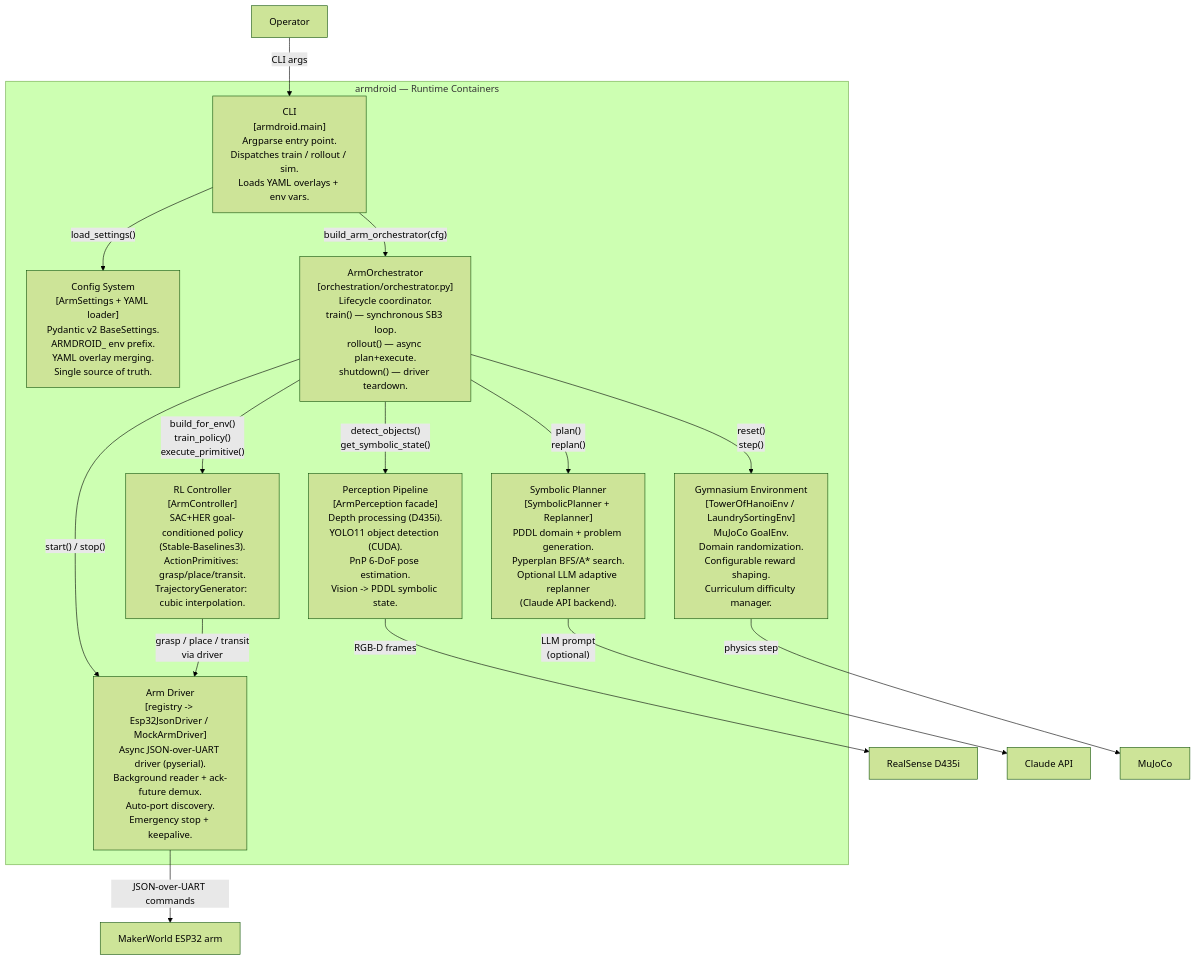
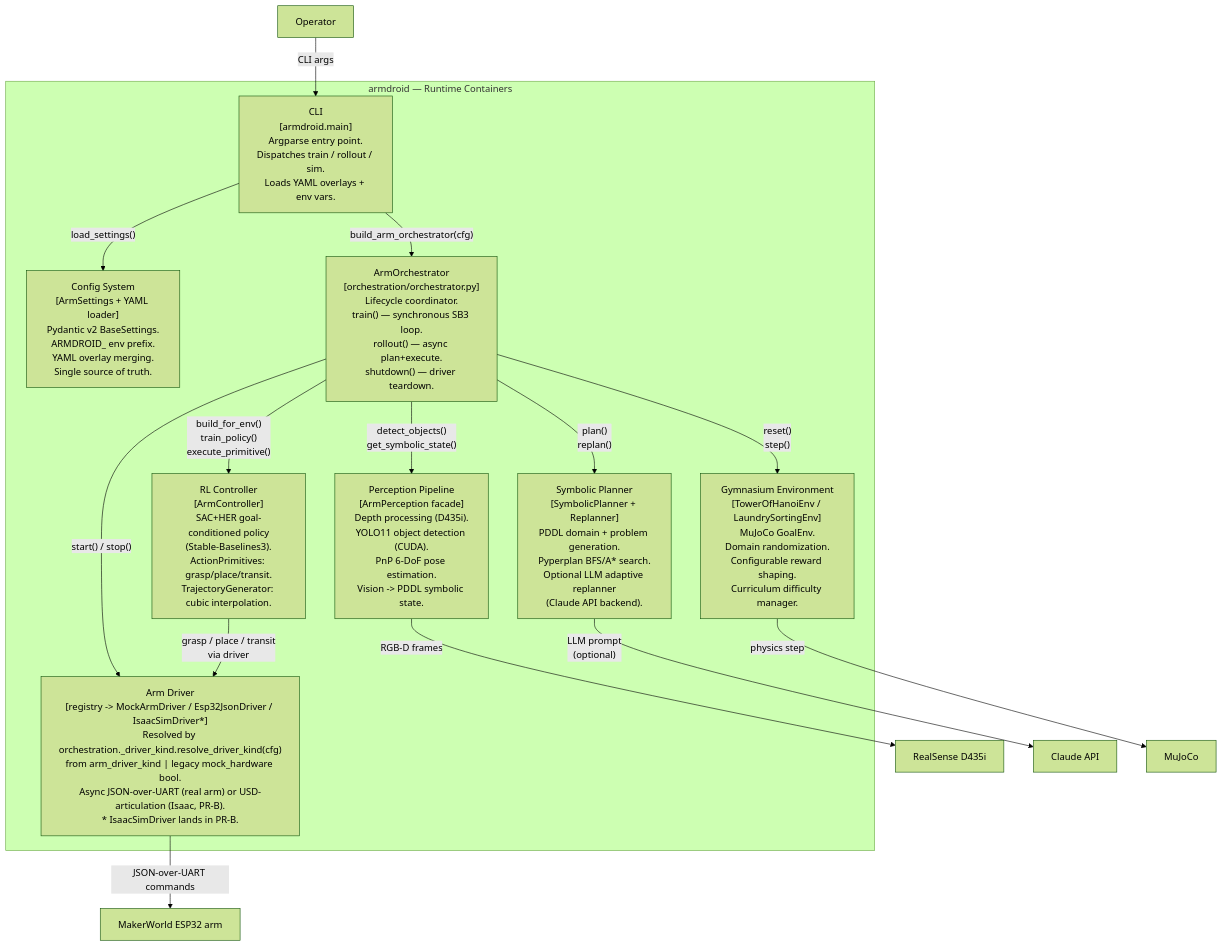
Before and after one commit to ianshank/Arm_Droid: the second of 4 diagrams in docs/architecture/C4.md, drawn with Mermaid (forest theme). The commit also changed other lines of this file and 5 other files, not shown here.

````diff
--- a/docs/architecture/C4.md
+++ b/docs/architecture/C4.md
@@ -44,40 +47,40 @@
 ```mermaid
 graph TD
     subgraph armdroid ["armdroid — Runtime Containers"]
         cli["CLI\n[armdroid.main]\nArgparse entry point.\nDispatches train / rollout / sim.\nLoads YAML overlays + env vars."]
 
         cfg["Config System\n[ArmSettings + YAML loader]\nPydantic v2 BaseSettings.\nARMDROID_ env prefix.\nYAML overlay merging.\nSingle source of truth."]
 
         orch["ArmOrchestrator\n[orchestration/orchestrator.py]\nLifecycle coordinator.\ntrain() — synchronous SB3 loop.\nrollout() — async plan+execute.\nshutdown() — driver teardown."]
 
         perception["Perception Pipeline\n[ArmPerception facade]\nDepth processing (D435i).\nYOLO11 object detection (CUDA).\nPnP 6-DoF pose estimation.\nVision -> PDDL symbolic state."]
 
         planner["Symbolic Planner\n[SymbolicPlanner + Replanner]\nPDDL domain + problem generation.\nPyperplan BFS/A* search.\nOptional LLM adaptive replanner\n(Claude API backend)."]
 
         controller["RL Controller\n[ArmController]\nSAC+HER goal-conditioned policy\n(Stable-Baselines3).\nActionPrimitives: grasp/place/transit.\nTrajectoryGenerator: cubic interpolation."]
 
         env["Gymnasium Environment\n[TowerOfHanoiEnv / LaundrySortingEnv]\nMuJoCo GoalEnv.\nDomain randomization.\nConfigurable reward shaping.\nCurriculum difficulty manager."]
 
-        driver["Arm Driver\n[registry -> Esp32JsonDriver / MockArmDriver]\nAsync JSON-over-UART driver (pyserial).\nBackground reader + ack-future demux.\nAuto-port discovery.\nEmergency stop + keepalive."]
+        driver["Arm Driver\n[registry -> MockArmDriver / Esp32JsonDriver / IsaacSimDriver*]\nResolved by orchestration._driver_kind.resolve_driver_kind(cfg)\nfrom arm_driver_kind | legacy mock_hardware bool.\nAsync JSON-over-UART (real arm) or USD-articulation (Isaac, PR-B).\n* IsaacSimDriver lands in PR-B."]
     end
 
     user["Operator"]
     hw["MakerWorld ESP32 arm"]
     cam["RealSense D435i"]
     llm["Claude API"]
     sim["MuJoCo"]
 
     user -->|"CLI args"| cli
     cli -->|"load_settings()"| cfg
     cli -->|"build_arm_orchestrator(cfg)"| orch
     orch -->|"detect_objects()\nget_symbolic_state()"| perception
     orch -->|"plan()\nreplan()"| planner
     orch -->|"build_for_env()\ntrain_policy()\nexecute_primitive()"| controller
     orch -->|"reset()\nstep()"| env
     orch -->|"start() / stop()"| driver
     controller -->|"grasp / place / transit\nvia driver"| driver
     planner -->|"LLM prompt\n(optional)"| llm
     perception -->|"RGB-D frames"| cam
     driver -->|"JSON-over-UART commands"| hw
     env -->|"physics step"| sim
 ```
````
